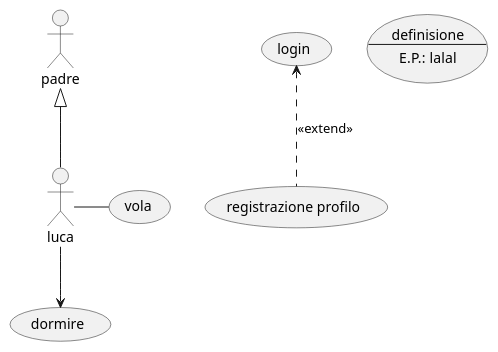
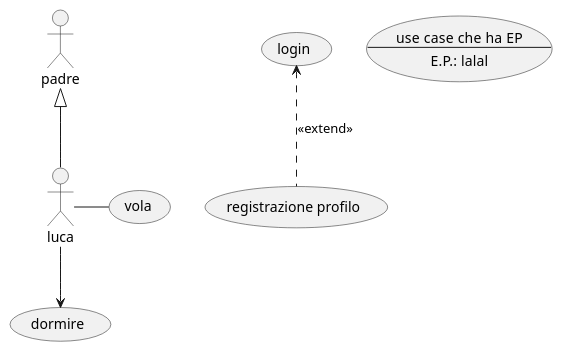
One commit to itsNikk/2425-ProgSW changed the diagram in ProgSWExamples/src/UC-Syntax.puml. Above: the diagram before and after it, drawn with PlantUML.

```diff
--- a/ProgSWExamples/src/UC-Syntax.puml
+++ b/ProgSWExamples/src/UC-Syntax.puml
@@ -1,23 +1,23 @@
 @startuml
 ' SADKJFGBKSJFB
 :luca: as lc
 :padre:
 
 (vola) as uc1
 (dormire) as uc2
 (login) as lg
 (registrazione profilo) as rp
 lc - uc1
 lc --> uc2
 
 :padre: <|-- lc
 
 lg <.. rp : <<extend>>
 
 usecase expExample as "
-definisione
+use case  che ha EP
 --
 E.P.: lalal
 "
 
 @enduml
```
